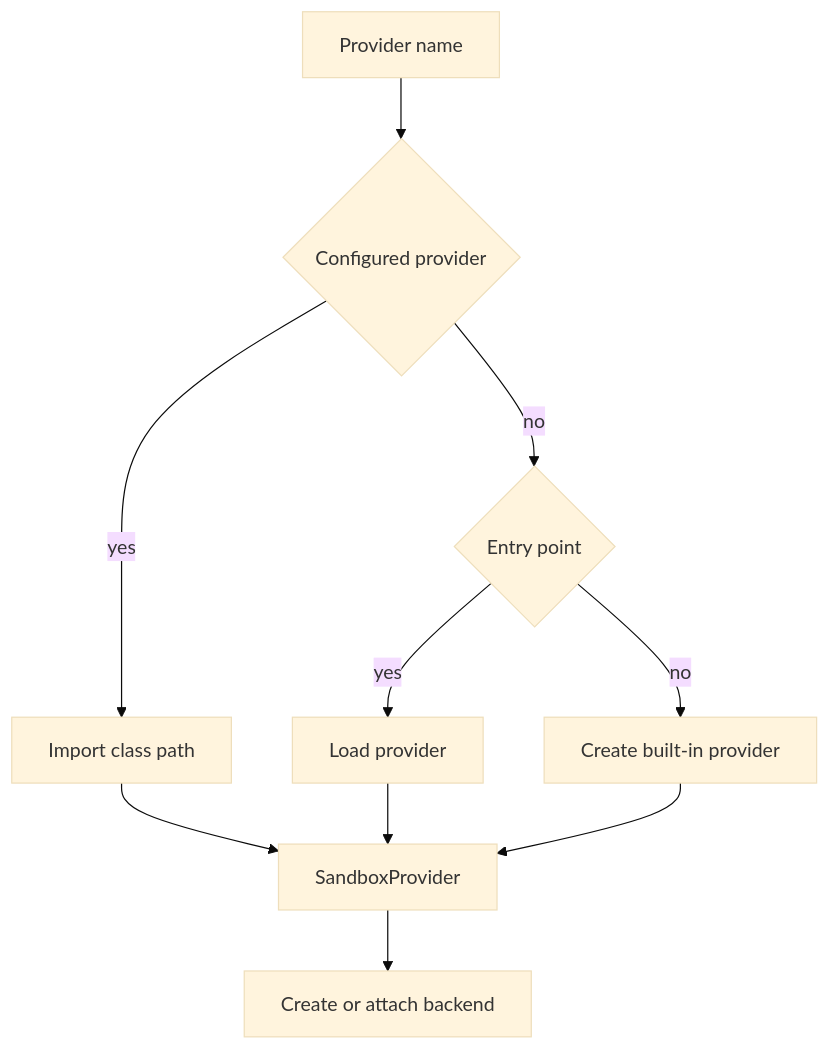
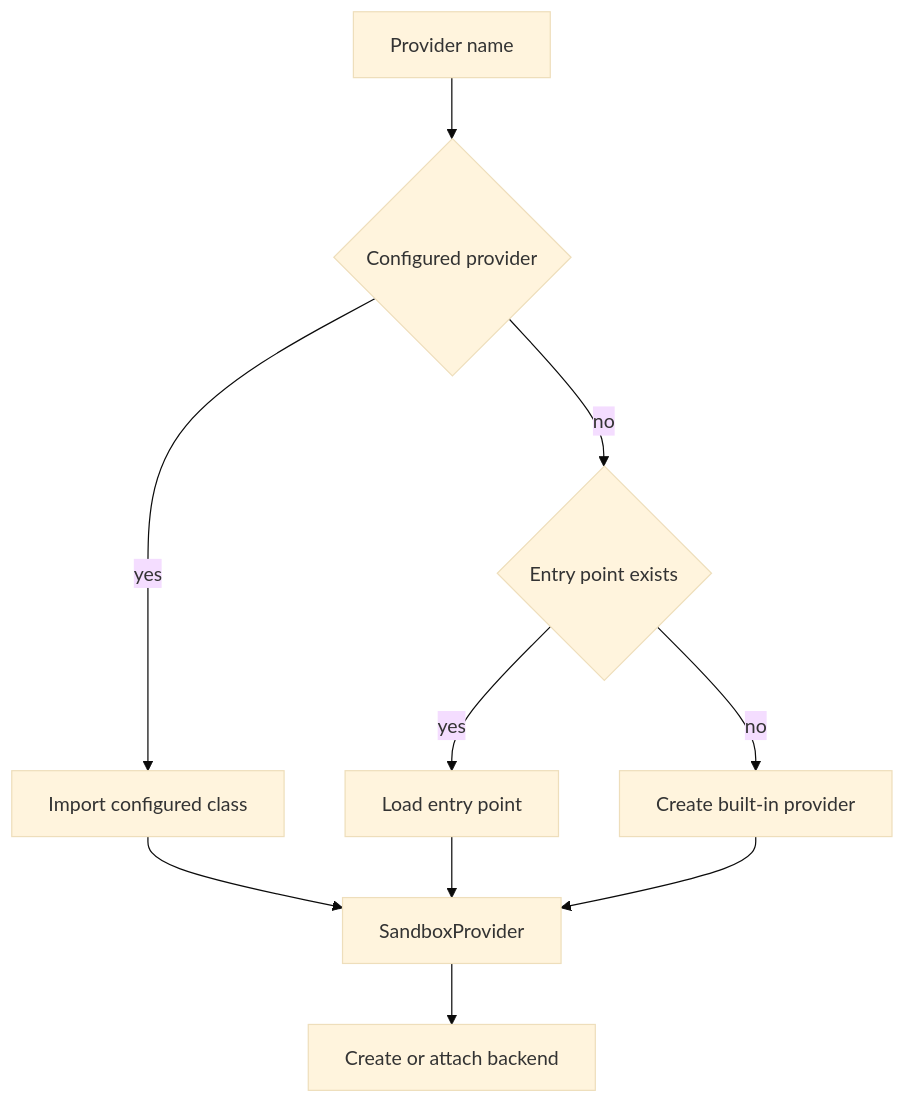
The first of 3 diagrams in openwiki/integrations/sandbox-partners.md (langchain-ai/deepagents), drawn with Mermaid (base theme) before and after one commit. The commit also changed other lines of this file and 29 other files, not shown here.

````diff
--- a/openwiki/integrations/sandbox-partners.md
+++ b/openwiki/integrations/sandbox-partners.md
@@ -68,12 +73,12 @@
 ```mermaid
 flowchart TD
     Request["Provider name"] --> Config{"Configured provider"}
-    Config -->|yes| Import["Import class path"]
-    Config -->|no| Entry{"Entry point"}
-    Entry -->|yes| Load["Load provider"]
+    Config -->|yes| Import["Import configured class"]
+    Config -->|no| Entry{"Entry point exists"}
+    Entry -->|yes| Load["Load entry point"]
     Entry -->|no| Builtin["Create built-in provider"]
     Import --> Provider["SandboxProvider"]
     Load --> Provider
     Builtin --> Provider
     Provider --> Backend["Create or attach backend"]
 ```
````
